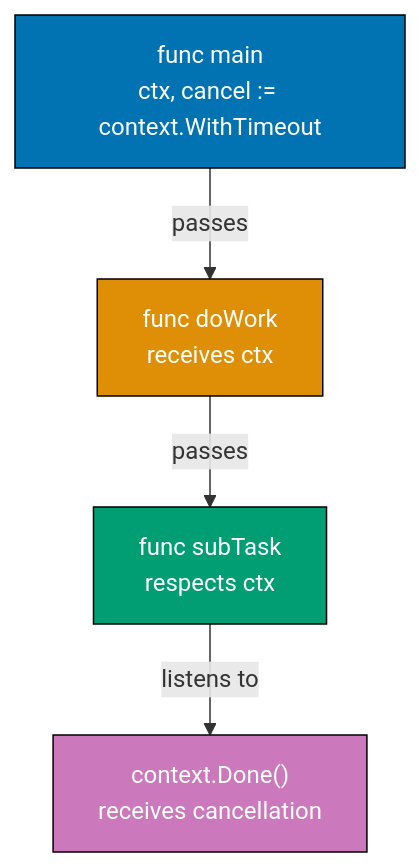
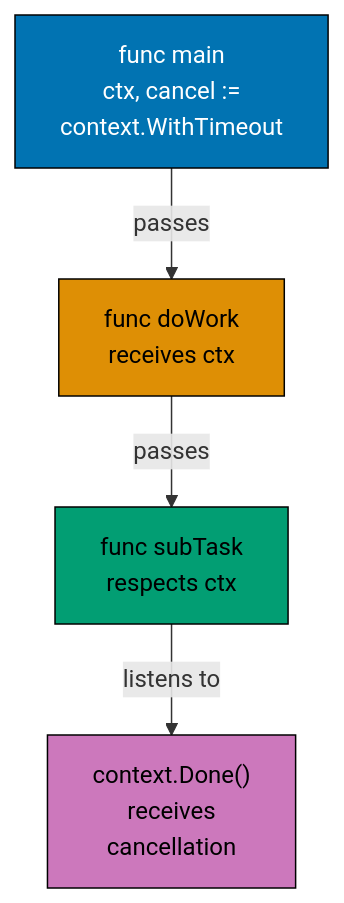
One commit to wahidyankf/ose-public changed the sixth of 12 diagrams in apps/ayokoding-www/content/en/learn/legacy/software-engineering/programming-languages/golang/by-example/intermediate.md. Above: the diagram before and after it, drawn with Mermaid. The commit also changed other lines of this file and 112 other files, not shown here.

First line of the commit message:
fix(mermaid): bring the legacy programming-languages diagrams onto the accessible palette

````diff
--- a/apps/ayokoding-www/content/en/learn/legacy/software-engineering/programming-languages/golang/by-example/intermediate.md
+++ b/apps/ayokoding-www/content/en/learn/legacy/software-engineering/programming-languages/golang/by-example/intermediate.md
@@ -1607,17 +1636,24 @@
 ```mermaid
 %% Color Palette: Blue #0173B2, Orange #DE8F05, Teal #029E73, Purple #CC78BC, Brown #CA9161
 graph TD
-    A["func main<br/>ctx, cancel := context.WithTimeout"]
+    accTitle: Example 43: Context Package
+    accDescr: Graph with 4 nodes and 3 connections. Nodes: func main ctx, cancel := context.WithTimeout, func doWork receives ctx, func subTask respects ctx, context.Done() receives cancellation. Connections: func main ctx, cancel := context.WithTimeout to func doWork receives ctx (passes), func doWork receives ctx to func subTask respects ctx (passes), func subTask respects ctx to context.Done() receives cancellation (listens to).
+    A["func main<br/>ctx, cancel :=<br/>context.WithTimeout"]
     B["func doWork<br/>receives ctx"]
     C["func subTask<br/>respects ctx"]
-    D["context.Done()<br/>receives cancellation"]
+    D["context.Done()<br/>receives<br/>cancellation"]
 
     A -->|passes| B
     B -->|passes| C
     C -->|listens to| D
 
-    style A fill:#0173B2,stroke:#000,color:#fff
-    style B fill:#DE8F05,stroke:#000,color:#fff
-    style C fill:#029E73,stroke:#000,color:#fff
-    style D fill:#CC78BC,stroke:#000,color:#fff
+    classDef pal-0173B2 fill:#0173B2,stroke:#000000,color:#FFFFFF
+    class A pal-0173B2
+    classDef pal-DE8F05 fill:#DE8F05,stroke:#000000,color:#000000
+    class B pal-DE8F05
+    classDef pal-029E73 fill:#029E73,stroke:#000000,color:#000000
+    class C pal-029E73
+    classDef pal-CC78BC fill:#CC78BC,stroke:#000000,color:#000000
+    class D pal-CC78BC
+    classDef default fill:#FFFFFF,stroke:#000000,color:#000000
 ```
````
